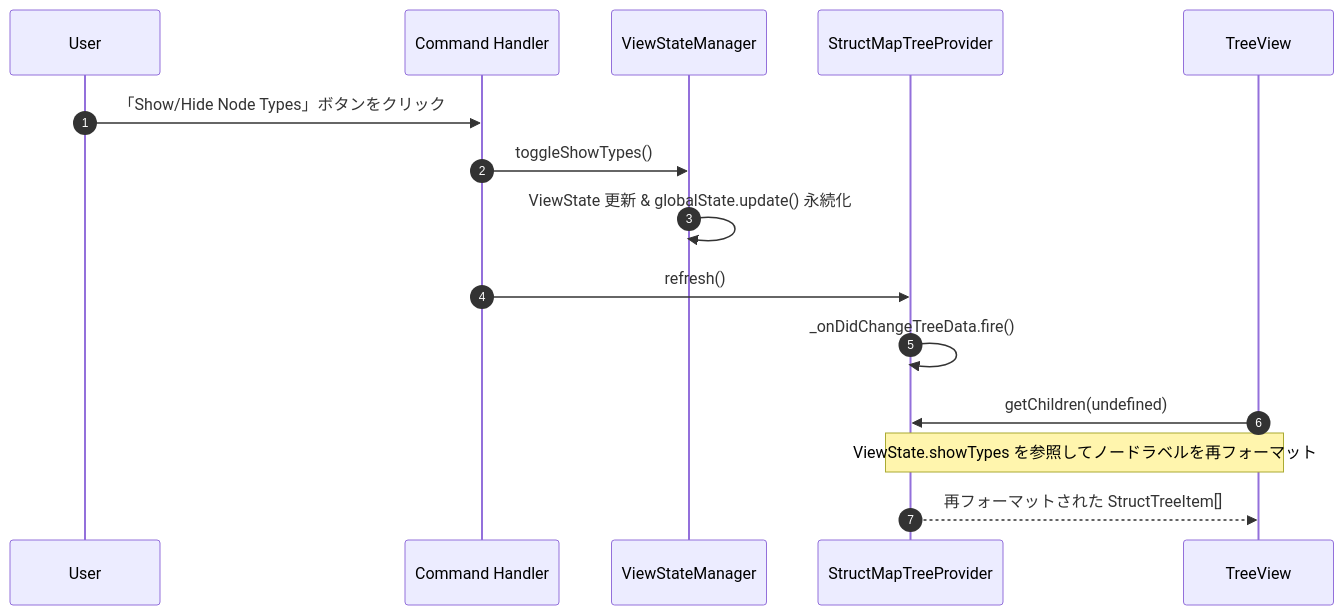
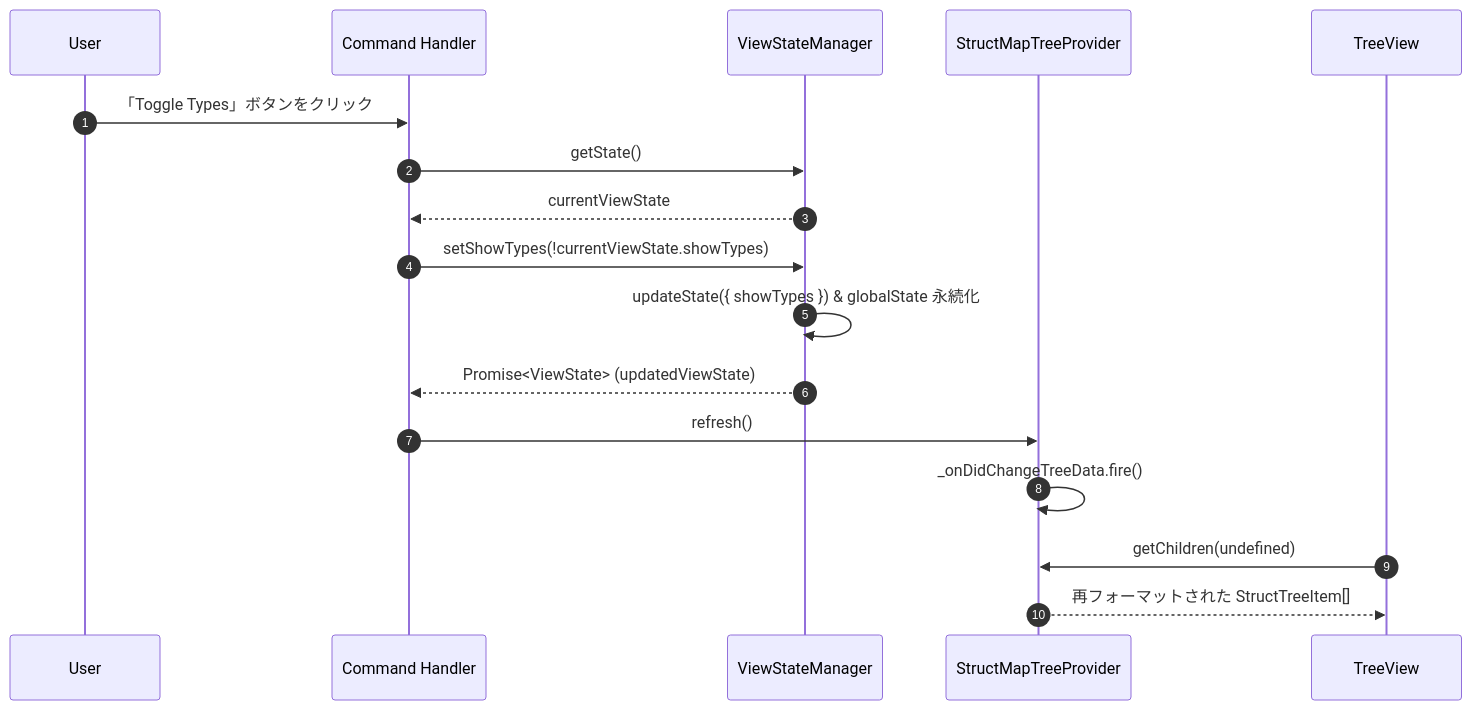
Before and after one commit to masanori-satake/StructMap-Solo: the fourth of 6 diagrams in docs/DATA_FLOW_AND_EVENTS.md, drawn with Mermaid. The commit also changed other lines of this file and 4 other files, not shown here.

Commit message:
docs: address PR review feedback on developer architecture documentation

````diff
--- a/docs/DATA_FLOW_AND_EVENTS.md
+++ b/docs/DATA_FLOW_AND_EVENTS.md
@@ -156,18 +152,20 @@
 ```mermaid
 sequenceDiagram
     autonumber
     participant U as User
     participant Cmd as Command Handler
     participant VSM as ViewStateManager
     participant TP as StructMapTreeProvider
     participant TV as TreeView
 
-    U->>Cmd: 「Show/Hide Node Types」ボタンをクリック
-    Cmd->>VSM: toggleShowTypes()
-    VSM->>VSM: ViewState 更新 & globalState.update() 永続化
+    U->>Cmd: 「Toggle Types」ボタンをクリック
+    Cmd->>VSM: getState()
+    VSM-->>Cmd: currentViewState
+    Cmd->>VSM: setShowTypes(!currentViewState.showTypes)
+    VSM->>VSM: updateState({ showTypes }) & globalState 永続化
+    VSM-->>Cmd: Promise<ViewState> (updatedViewState)
     Cmd->>TP: refresh()
     TP->>TP: _onDidChangeTreeData.fire()
     TV->>TP: getChildren(undefined)
-    Note over TP,TV: ViewState.showTypes を参照してノードラベルを再フォーマット
     TP-->>TV: 再フォーマットされた StructTreeItem[]
 ```
````
